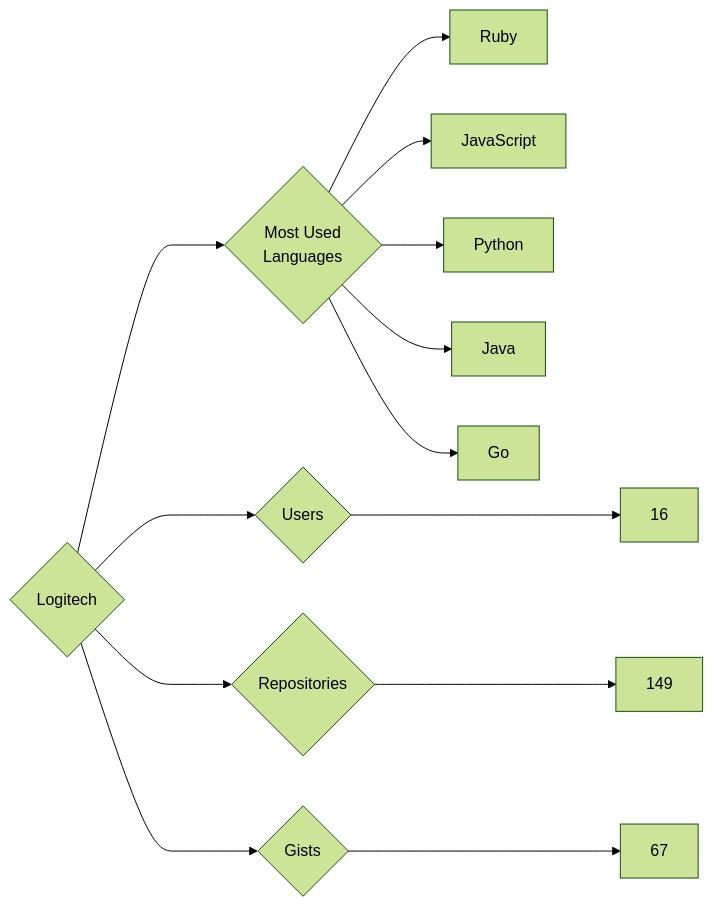
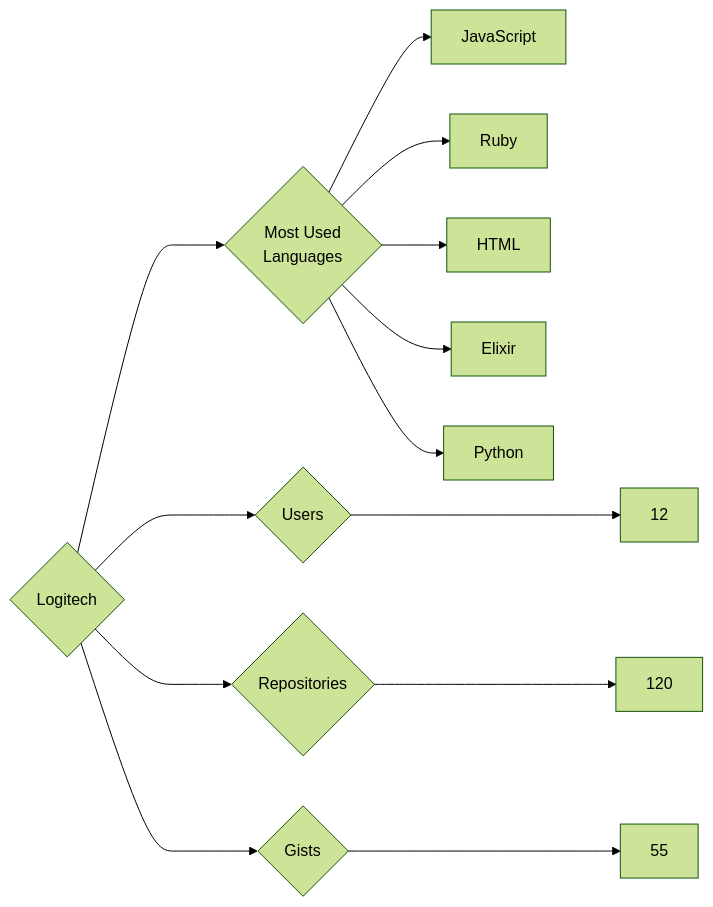
One commit to trickest/insiders changed the diagram in targets/Logitech/README.md. Above: the diagram before and after it, drawn with Mermaid (forest theme). The commit also changed 1508 other files, not shown here.

````diff
--- a/targets/Logitech/README.md
+++ b/targets/Logitech/README.md
@@ -3,13 +3,13 @@
 ```mermaid
 graph LR
 COMPANY_NAME{Logitech}
-COMPANY_NAME ---> U{Users} ---> UN[16]
-COMPANY_NAME ---> R{Repositories} ---> RN[149]
-COMPANY_NAME ---> G{Gists} ---> GN[67]
+COMPANY_NAME ---> U{Users} ---> UN[12]
+COMPANY_NAME ---> R{Repositories} ---> RN[120]
+COMPANY_NAME ---> G{Gists} ---> GN[55]
 COMPANY_NAME ---> ML{Most Used<br>Languages}
+ML --> JavaScript[JavaScript]
 ML --> Ruby[Ruby]
-ML --> JavaScript[JavaScript]
+ML --> HTML[HTML]
+ML --> Elixir[Elixir]
 ML --> Python[Python]
-ML --> Java[Java]
-ML --> Go[Go]
 ```
````
